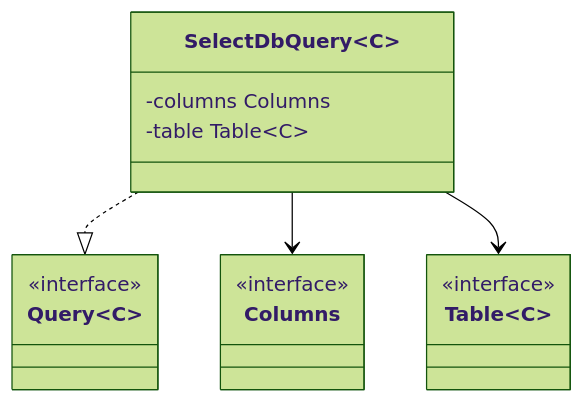
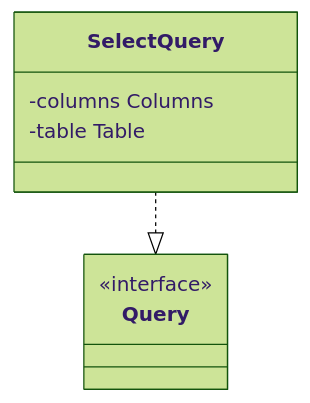
Before and after one commit to safarislava/QueryBricks: the sixth of 10 diagrams in docs/domain.md, drawn with Mermaid (forest theme). The commit also changed other lines of this file, not shown here.

Commit message:
docs: Remove schema

````diff
--- a/docs/domain.md
+++ b/docs/domain.md
@@ -171,27 +176,17 @@
 ```mermaid
 classDiagram
-    class Table~C~ {
+    %% подумать над механизмом кодирования в SQL
+    %% сейчас я думаю что нужен интерфейс QueryPart : content() String, которые будет реализовываться всем попало
+    %% ну или просто оверайдить toString()
+    class Query {
         <<interface>>
     }
 
-    class Columns {
-        <<interface>>
+    class SelectQuery {
+        -columns Columns
+        -table Table
     }
-
-    %% подумать над механизмом кодирования в SQL
-    %% сейчас я думаю что нужен интерфейс QueryPart : content() String, которые будет реализовываться всем попало
-    %% ну или просто оверайдить toString()
-    class Query~C~ {
-        <<interface>>
-    }
-
-    class SelectDbQuery~C~ {
-        -columns Columns
-        -table Table~C~
-    }
-    SelectDbQuery ..|> Query
-    SelectDbQuery --> Columns
-    SelectDbQuery --> Table
-
+    SelectQuery ..|> Query
+    
     %% алиасы для таблиц
 ```
````
